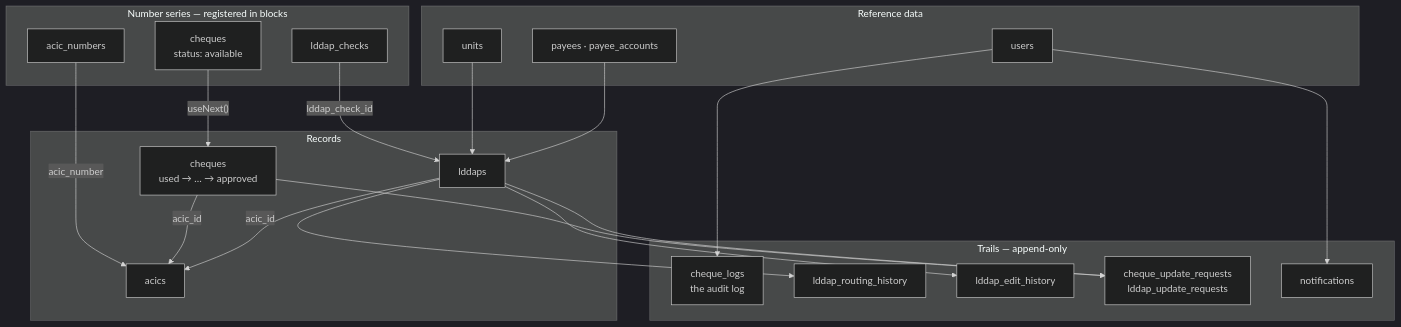
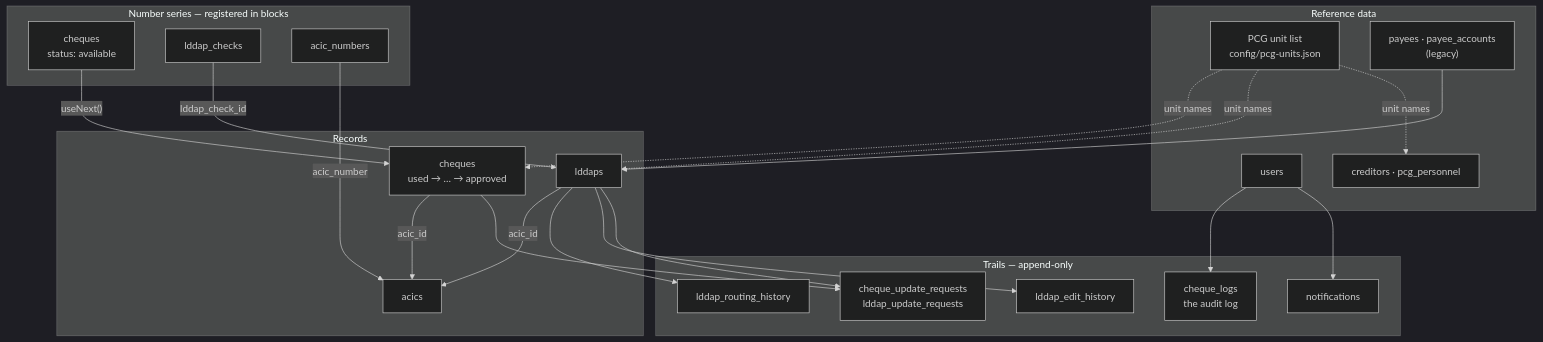
Before and after one commit to nicolasjob21/E-MDS: the fourth of 13 diagrams in docs/DOCUMENTATION.md, drawn with Mermaid (dark theme). The commit also changed other lines of this file and 165 other files, not shown here.

First line of the commit message:
Rework the LDDAP and ACIC teller flows; add creditors, PCG personnel and filters

````diff
--- a/docs/DOCUMENTATION.md
+++ b/docs/DOCUMENTATION.md
@@ -149,42 +151,45 @@
 ```mermaid
 flowchart TB
     subgraph SER["Number series — registered in blocks"]
         S1["cheques<br/>status: available"]
         S2["lddap_checks"]
         S3["acic_numbers"]
     end
 
     subgraph REC["Records"]
         R1["cheques<br/>used → … → approved"]
         R2["lddaps"]
         R3["acics"]
     end
 
     subgraph REF["Reference data"]
         F1["users"]
-        F2["units"]
-        F3["payees · payee_accounts"]
+        F2["PCG unit list<br/>config/pcg-units.json"]
+        F3["payees · payee_accounts<br/>(legacy)"]
+        F4["creditors · pcg_personnel"]
     end
 
     subgraph TRL["Trails — append-only"]
         T1["cheque_logs<br/>the audit log"]
         T2["lddap_routing_history"]
         T3["lddap_edit_history"]
         T4["cheque_update_requests<br/>lddap_update_requests"]
         T5["notifications"]
     end
 
     S1 -->|"useNext()"| R1
     S2 -->|"lddap_check_id"| R2
     S3 -->|"acic_number"| R3
     R1 -->|"acic_id"| R3
     R2 -->|"acic_id"| R3
-    F2 --> R2
+    F2 -.->|"unit names"| R1
+    F2 -.->|"unit names"| R2
+    F2 -.->|"unit names"| F4
     F3 --> R2
     R1 --> T4
     R2 --> T2
     R2 --> T3
     R2 --> T4
     F1 --> T1
     F1 --> T5
 ```
````
